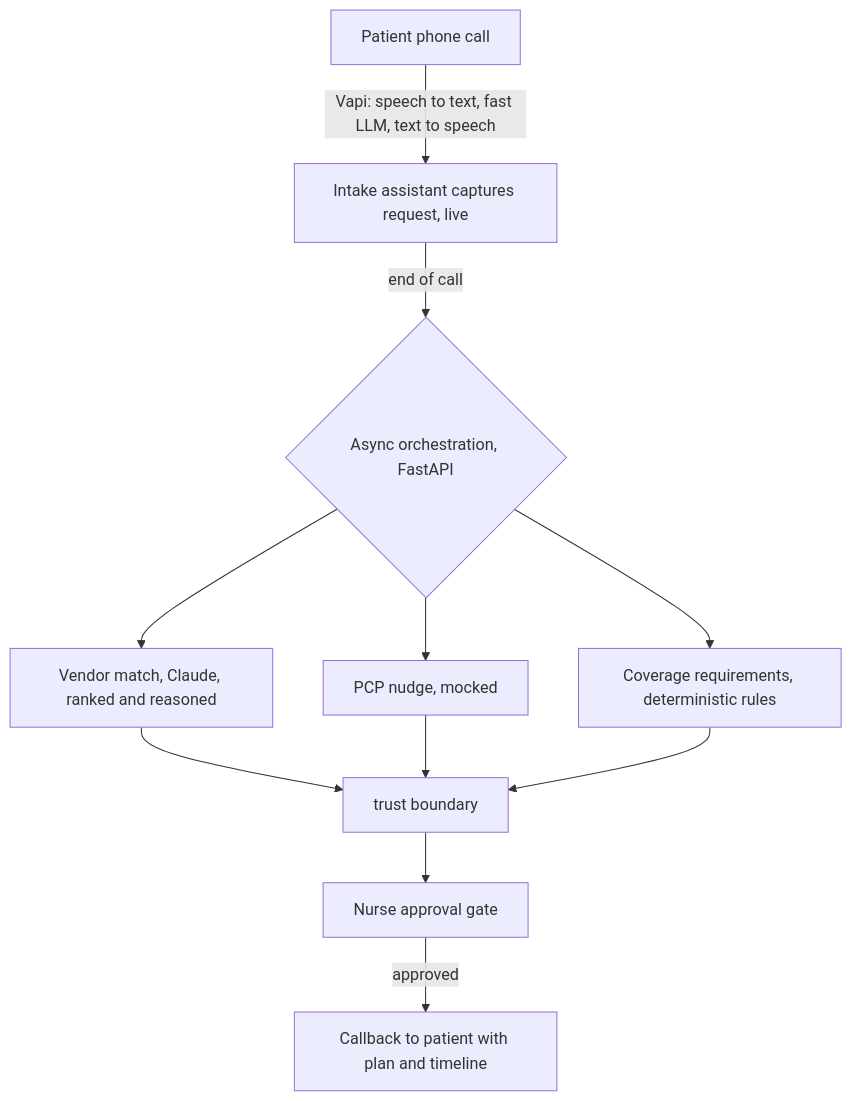
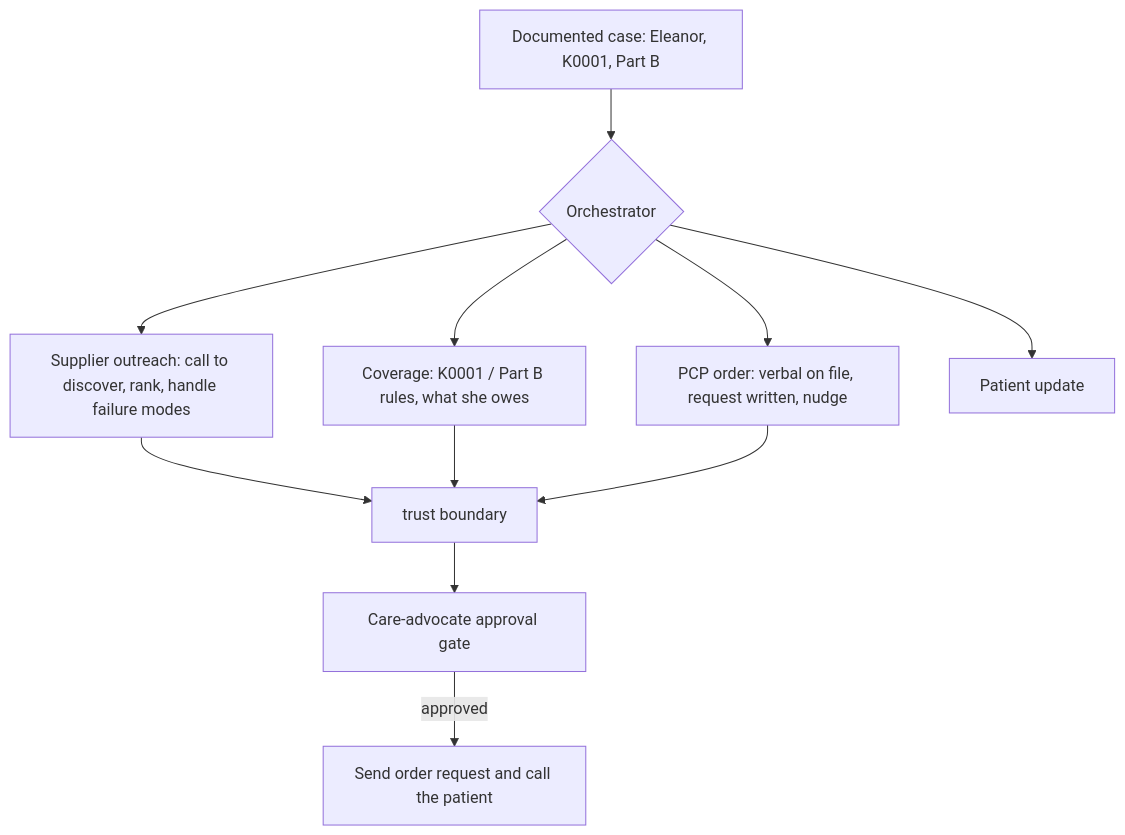
One commit to jclift3/dme-voice-agent changed the diagram in README.md. Above: the diagram before and after it, drawn with Mermaid. The commit also changed other lines of this file and 33 other files, not shown here.

````diff
--- a/README.md
+++ b/README.md
@@ -56,13 +44,13 @@
 ```mermaid
 flowchart TD
-    A[Patient phone call] -->|Vapi: speech to text, fast LLM, text to speech| B[Intake assistant captures request, live]
-    B -->|end of call| C{Async orchestration, FastAPI}
-    C --> D[Vendor match, Claude, ranked and reasoned]
-    C --> E[PCP nudge, mocked]
-    C --> F[Coverage requirements, deterministic rules]
-    D --> G
-    E --> G
-    F --> G
-    G[trust boundary] --> H[Nurse approval gate]
-    H -->|approved| I[Callback to patient with plan and timeline]
+    C[Documented case: Eleanor, K0001, Part B] --> O{Orchestrator}
+    O --> S[Supplier outreach: call to discover, rank, handle failure modes]
+    O --> V[Coverage: K0001 / Part B rules, what she owes]
+    O --> P[PCP order: verbal on file, request written, nudge]
+    O --> U[Patient update]
+    S --> B[trust boundary]
+    V --> B
+    P --> B
+    B --> G[Care-advocate approval gate]
+    G -->|approved| W[Send order request and call the patient]
 ```
````
